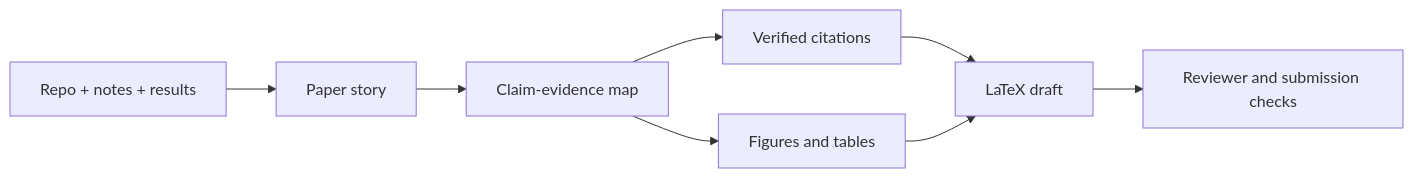
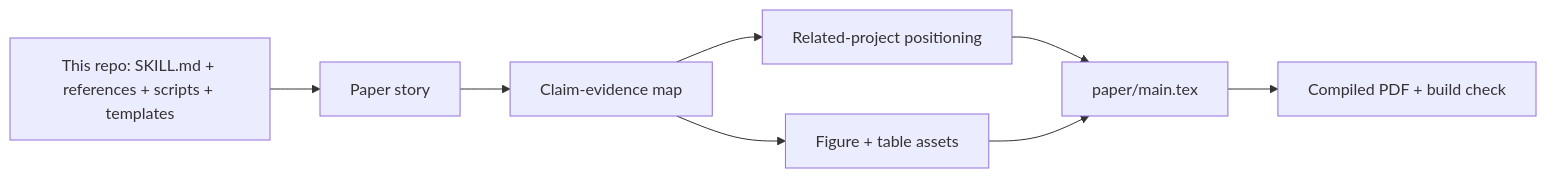
One commit to jin-s13/ai-research-writing-skill changed the diagram in README.md. Above: the diagram before and after it, drawn with Mermaid. The commit also changed other lines of this file and 28 other files, not shown here.

````diff
--- a/README.md
+++ b/README.md
@@ -34,10 +38,10 @@
 ```mermaid
 flowchart LR
-  A["Repo + notes + results"] --> B["Paper story"]
+  A["This repo: SKILL.md + references + scripts + templates"] --> B["Paper story"]
   B --> C["Claim-evidence map"]
-  C --> D["Verified citations"]
-  C --> E["Figures and tables"]
-  D --> F["LaTeX draft"]
+  C --> D["Related-project positioning"]
+  C --> E["Figure + table assets"]
+  D --> F["paper/main.tex"]
   E --> F
-  F --> G["Reviewer and submission checks"]
+  F --> G["Compiled PDF + build check"]
 ```
````
